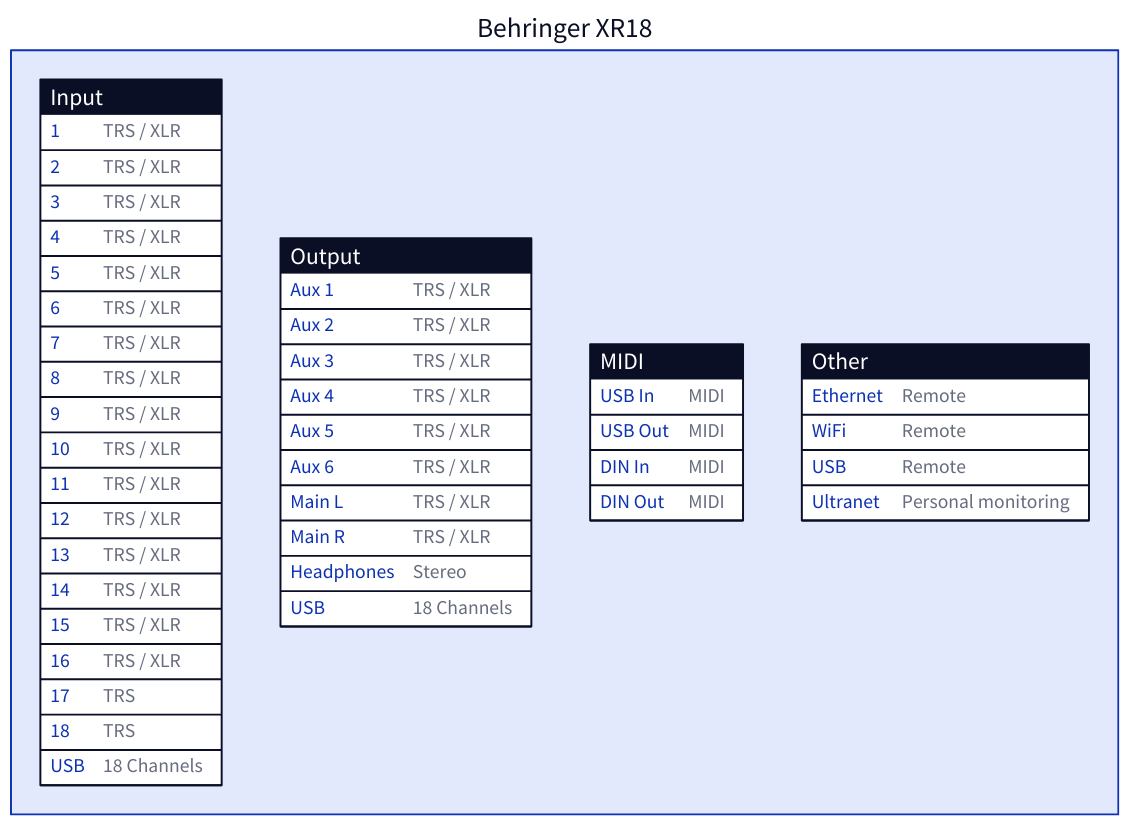
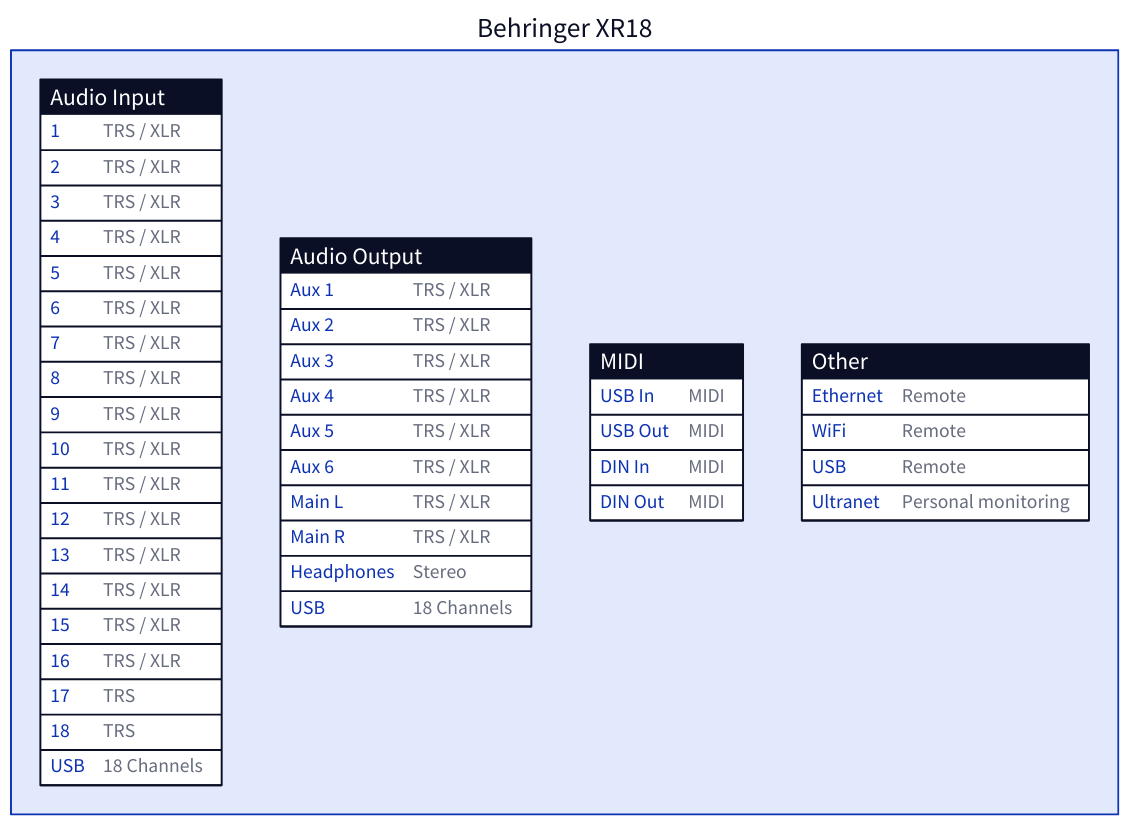
Before and after one commit to havard-fjaer/Documentation: the diagram in studio/xr18.d2, drawn with D2. The commit also changed 4 other files, not shown here.

```diff
--- a/studio/xr18.d2
+++ b/studio/xr18.d2
@@ -1,52 +1,54 @@
 XR18: {
   label: "Behringer XR18"
   Input: {
+    label: "Audio Input"
     shape: "sql_table"
     1: TRS / XLR
     2: TRS / XLR
     3: TRS / XLR
     4: TRS / XLR
     5: TRS / XLR
     6: TRS / XLR
     7: TRS / XLR
     8: TRS / XLR
     9: TRS / XLR
     10: TRS / XLR
     11: TRS / XLR
     12: TRS / XLR
     13: TRS / XLR
     14: TRS / XLR
     15: TRS / XLR
     16: TRS / XLR
     17: TRS
     18: TRS
     USB: 18 Channels
   }
   Output: {
+    label: "Audio Output"
     shape: "sql_table"
     Aux 1: TRS / XLR
     Aux 2: TRS / XLR
     Aux 3: TRS / XLR
     Aux 4: TRS / XLR
     Aux 5: TRS / XLR
     Aux 6: TRS / XLR
     Main L: TRS / XLR
     Main R: TRS / XLR
     Headphones: Stereo
     USB: 18 Channels
   }
   MIDI: {
     shape: "sql_table"
     USB In: MIDI
     USB Out: MIDI
     DIN In: MIDI
     DIN Out: MIDI
   }
   Other: {
     shape: "sql_table"
     Ethernet: Remote
     WiFi: Remote
     USB: Remote
     Ultranet: Personal monitoring
   }
 }
```
